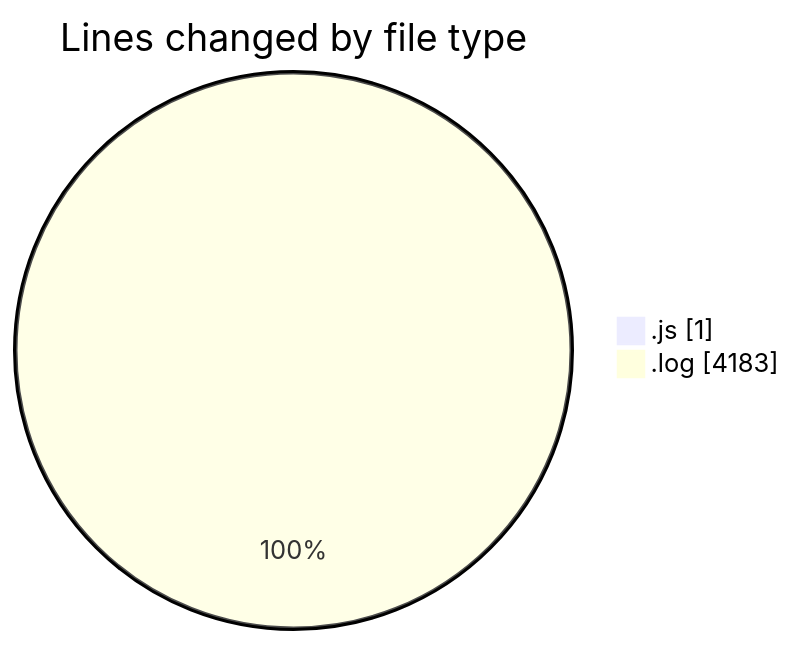
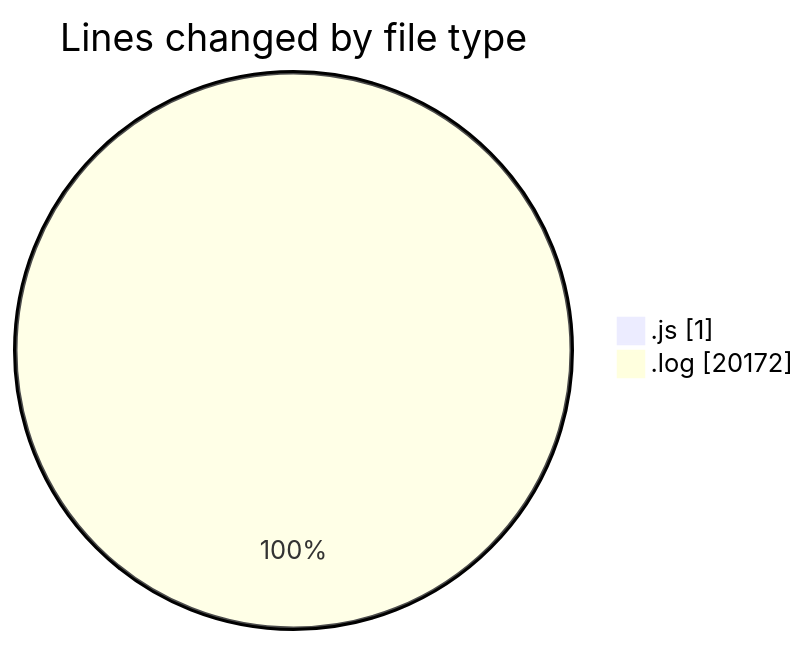
The first of 2 diagrams in 2025-05-28/nxtqube_webapp/README.md (nxtqubesakshisongat/code-tracking), drawn with Mermaid before and after one commit. The commit also changed other lines of this file and 1 other file, not shown here.

````diff
--- a/2025-05-28/nxtqube_webapp/README.md
+++ b/2025-05-28/nxtqube_webapp/README.md
@@ -21,6 +21,6 @@
 ```mermaid
 pie showData
 title Lines changed by file type
 ".js" : 1
-".log" : 4183
+".log" : 20172
 ```
````
